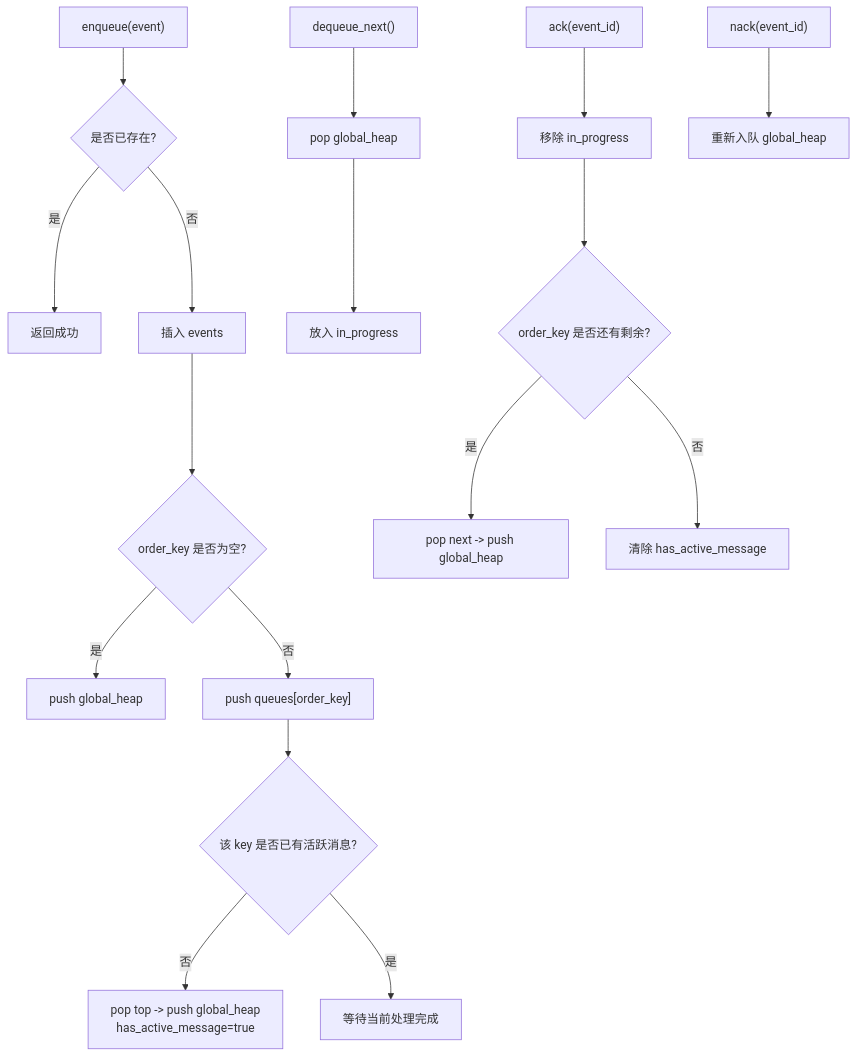
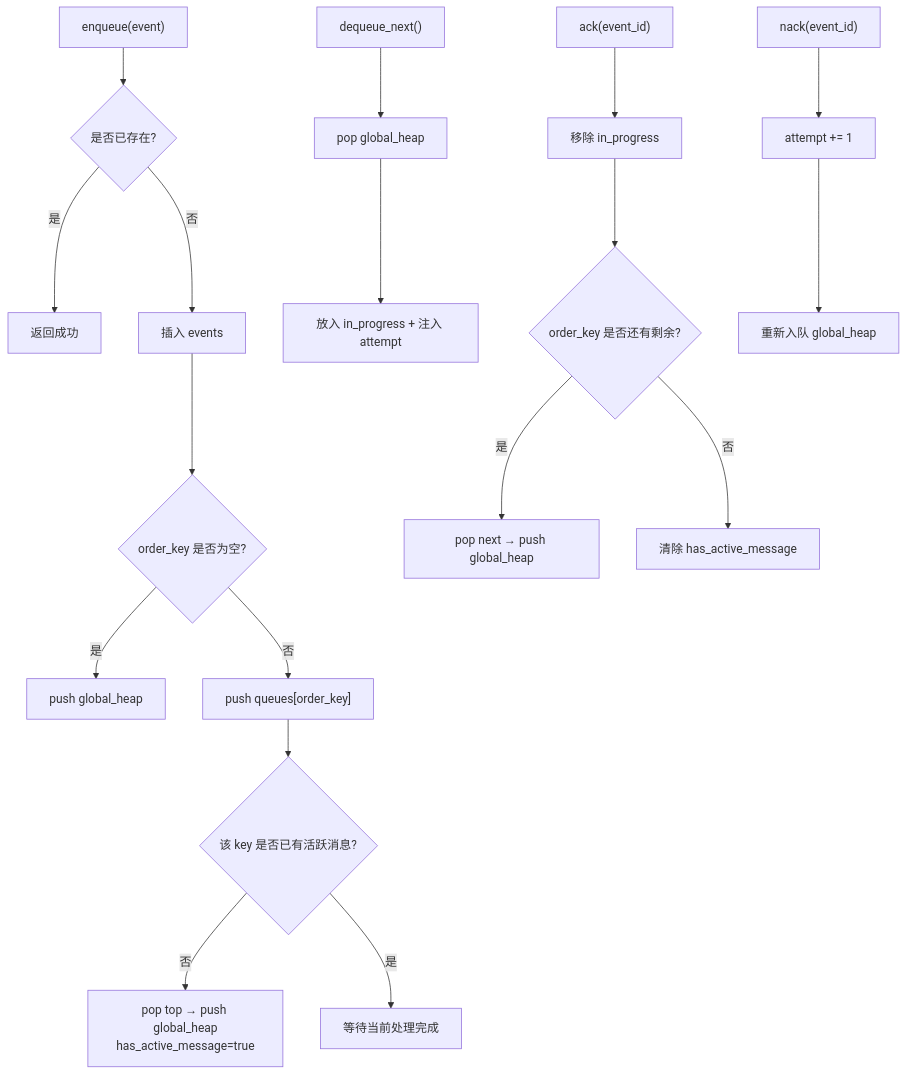
The sixth of 8 diagrams in docs/wiki/zh/content/核心模块/AOP 事件系统/事件队列系统/事件队列系统.md (runningcoders/ai_orz), drawn with Mermaid before and after one commit. The commit also changed other lines of this file and 37 other files, not shown here.

````diff
--- a/docs/wiki/zh/content/核心模块/AOP 事件系统/事件队列系统/事件队列系统.md
+++ b/docs/wiki/zh/content/核心模块/AOP 事件系统/事件队列系统/事件队列系统.md
@@ -203,19 +220,20 @@
 ```mermaid
-flowchart TD
+graph TB
 Enq["enqueue(event)"] --> CheckDup{"是否已存在?"}
 CheckDup --> |是| ReturnOk["返回成功"]
 CheckDup --> |否| Insert["插入 events"]
 Insert --> KeyCheck{"order_key 是否为空?"}
 KeyCheck --> |是| PushGlobal["push global_heap"]
 KeyCheck --> |否| PushKeyed["push queues[order_key]"]
 PushKeyed --> Active{"该 key 是否已有活跃消息?"}
-Active --> |否| PromoteTop["pop top -> push global_heap<br/>has_active_message=true"]
+Active --> |否| PromoteTop["pop top → push global_heap<br/>has_active_message=true"]
 Active --> |是| Wait["等待当前处理完成"]
 Deq["dequeue_next()"] --> PopGlobal["pop global_heap"]
-PopGlobal --> MarkInProg["放入 in_progress"]
+PopGlobal --> MarkInProg["放入 in_progress + 注入 attempt"]
 Ack["ack(event_id)"] --> RemoveInProg["移除 in_progress"]
 RemoveInProg --> CleanUp{"order_key 是否还有剩余?"}
-CleanUp --> |是| PromoteNext["pop next -> push global_heap"]
+CleanUp --> |是| PromoteNext["pop next → push global_heap"]
 CleanUp --> |否| ClearActive["清除 has_active_message"]
-Nack["nack(event_id)"] --> Requeue["重新入队 global_heap"]
+Nack["nack(event_id)"] --> Inc["attempt += 1"]
+Inc --> Requeue["重新入队 global_heap"]
 ```
````
